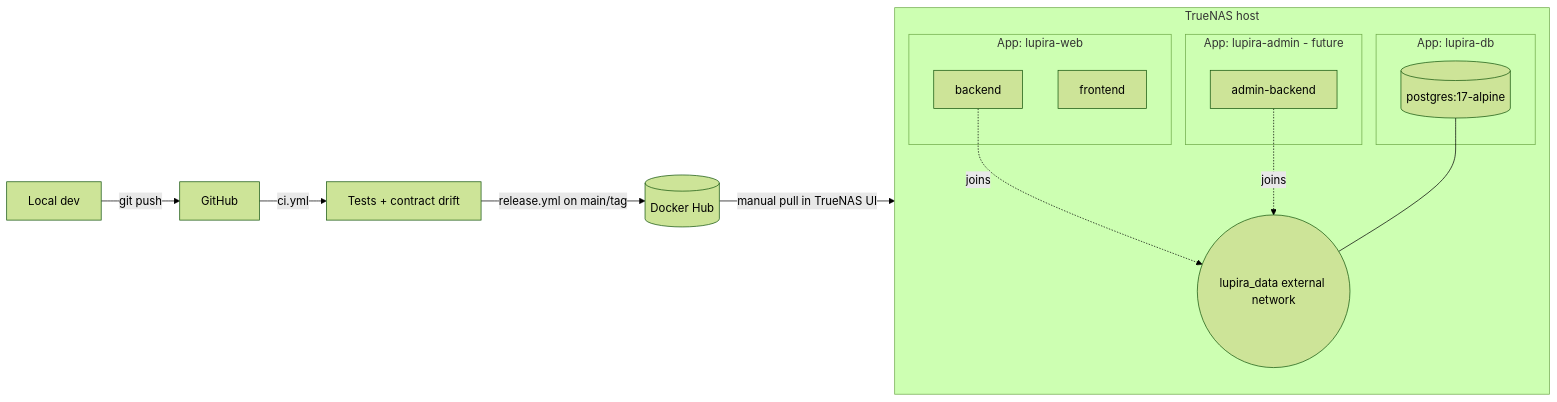
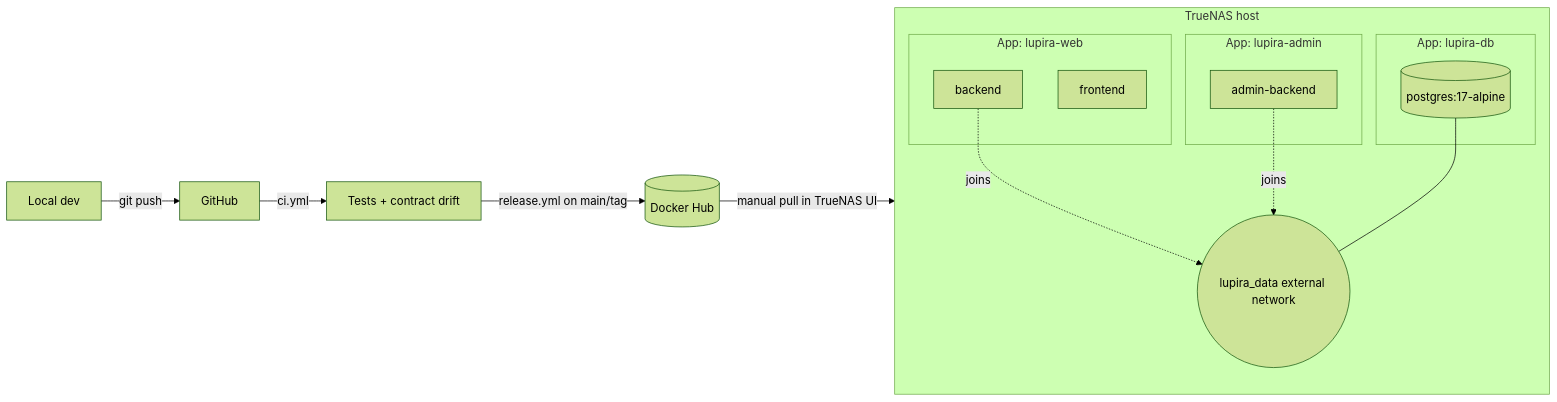
The diagram in docs/CICD.md (danbro96/LupiraWeb), drawn with Mermaid (forest theme) before and after one commit. The commit also changed other lines of this file and 33 other files, not shown here.

````diff
--- a/docs/CICD.md
+++ b/docs/CICD.md
@@ -7,23 +7,23 @@
 ```mermaid
 flowchart LR
   dev[Local dev] -->|git push| gh[GitHub]
   gh -->|ci.yml| tests[Tests + contract drift]
   tests -->|release.yml on main/tag| dh[(Docker Hub)]
   dh -->|manual pull in TrueNAS UI| nas[TrueNAS 25.10.1]
 
   subgraph nas[TrueNAS host]
     subgraph db_app[App: lupira-db]
       pg[(postgres:17-alpine)]
     end
     subgraph web_app[App: lupira-web]
       be[backend]
       fe[frontend]
     end
-    subgraph admin_app[App: lupira-admin - future]
+    subgraph admin_app[App: lupira-admin]
       adminbe[admin-backend]
     end
     be -.joins.-> netdata
     adminbe -.joins.-> netdata
     pg --- netdata((lupira_data external network))
   end
 ```
````
